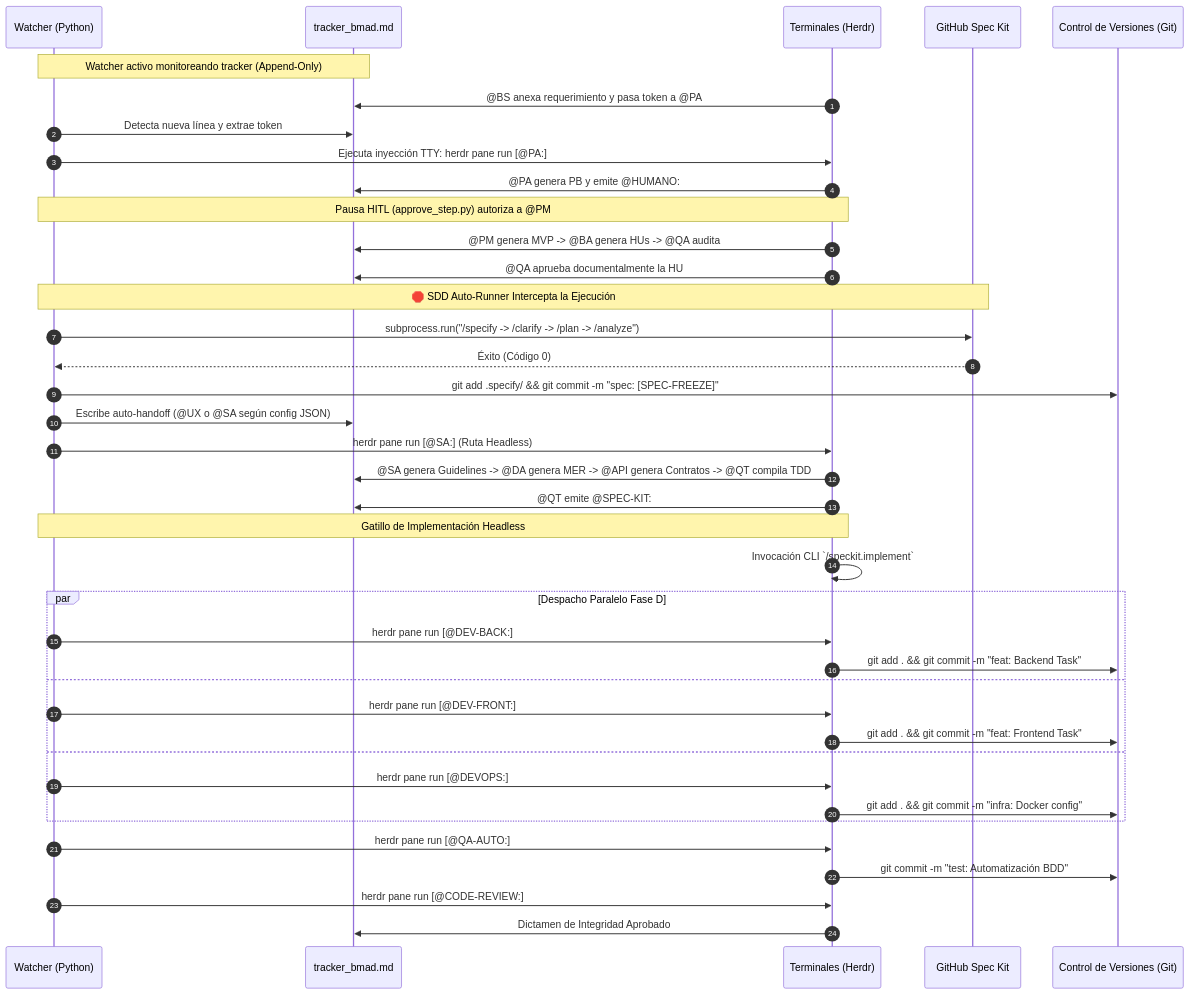
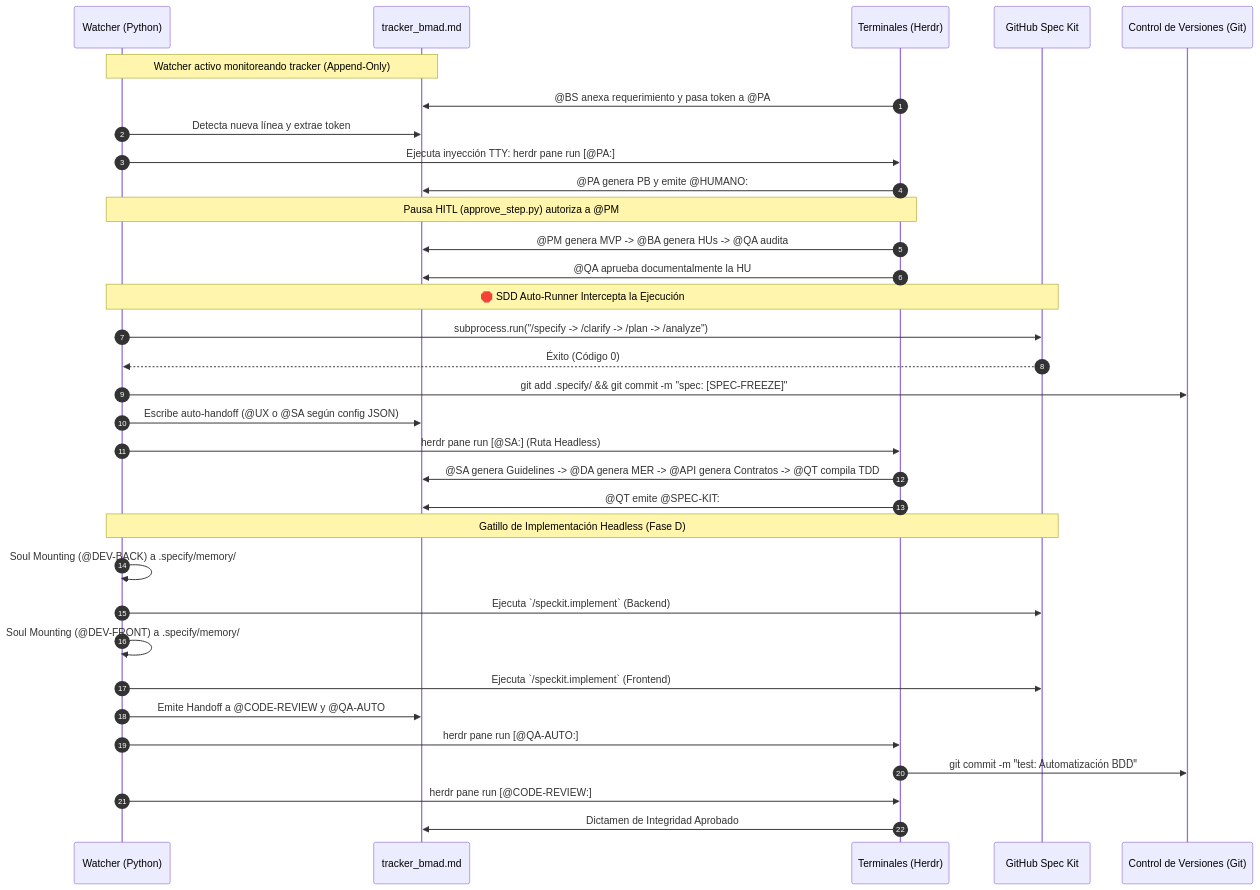
Before and after one commit to pauloravicaceres/template-bmad: the second of 2 diagrams in ARCHITECTURE.md, drawn with Mermaid. The commit also changed other lines of this file and 27 other files, not shown here.

````diff
--- a/ARCHITECTURE.md
+++ b/ARCHITECTURE.md
@@ -88,49 +88,42 @@
 ```mermaid
 sequenceDiagram
     autonumber
     participant W as Watcher (Python)
     participant T as tracker_bmad.md
     participant Herdr as Terminales (Herdr)
     participant S as GitHub Spec Kit
     participant G as Control de Versiones (Git)
 
     Note over W, T: Watcher activo monitoreando tracker (Append-Only)
     Herdr->>T: @BS anexa requerimiento y pasa token a @PA
     
     W->>T: Detecta nueva línea y extrae token
     W->>Herdr: Ejecuta inyección TTY: herdr pane run [@PA:]
     Herdr->>T: @PA genera PB y emite @HUMANO:
     
     Note over W, Herdr: Pausa HITL (approve_step.py) autoriza a @PM
     Herdr->>T: @PM genera MVP -> @BA genera HUs -> @QA audita
     Herdr->>T: @QA aprueba documentalmente la HU
     
     Note over W, S: 🛑 SDD Auto-Runner Intercepta la Ejecución
     W->>S: subprocess.run("/specify -> /clarify -> /plan -> /analyze")
     S-->>W: Éxito (Código 0)
     W->>G: git add .specify/ && git commit -m "spec: [SPEC-FREEZE]"
     W->>T: Escribe auto-handoff (@UX o @SA según config JSON)
     
     W->>Herdr: herdr pane run [@SA:] (Ruta Headless)
     Herdr->>T: @SA genera Guidelines -> @DA genera MER -> @API genera Contratos -> @QT compila TDD
     Herdr->>T: @QT emite @SPEC-KIT:
     
-    Note over W, Herdr: Gatillo de Implementación Headless
-    Herdr->>Herdr: Invocación CLI `/speckit.implement`
-    
-    par Despacho Paralelo Fase D
-        W->>Herdr: herdr pane run [@DEV-BACK:]
-        Herdr->>G: git add . && git commit -m "feat: Backend Task"
-    and
-        W->>Herdr: herdr pane run [@DEV-FRONT:]
-        Herdr->>G: git add . && git commit -m "feat: Frontend Task"
-    and
-        W->>Herdr: herdr pane run [@DEVOPS:]
-        Herdr->>G: git add . && git commit -m "infra: Docker config"
-    end
+    Note over W, S: Gatillo de Implementación Headless (Fase D)
+    W->>W: Soul Mounting (@DEV-BACK) a .specify/memory/
+    W->>S: Ejecuta `/speckit.implement` (Backend)
+    W->>W: Soul Mounting (@DEV-FRONT) a .specify/memory/
+    W->>S: Ejecuta `/speckit.implement` (Frontend)
+    W->>T: Emite Handoff a @CODE-REVIEW y @QA-AUTO
 
     W->>Herdr: herdr pane run [@QA-AUTO:]
     Herdr->>G: git commit -m "test: Automatización BDD"
     W->>Herdr: herdr pane run [@CODE-REVIEW:]
     Herdr->>T: Dictamen de Integridad Aprobado
 ```
````
